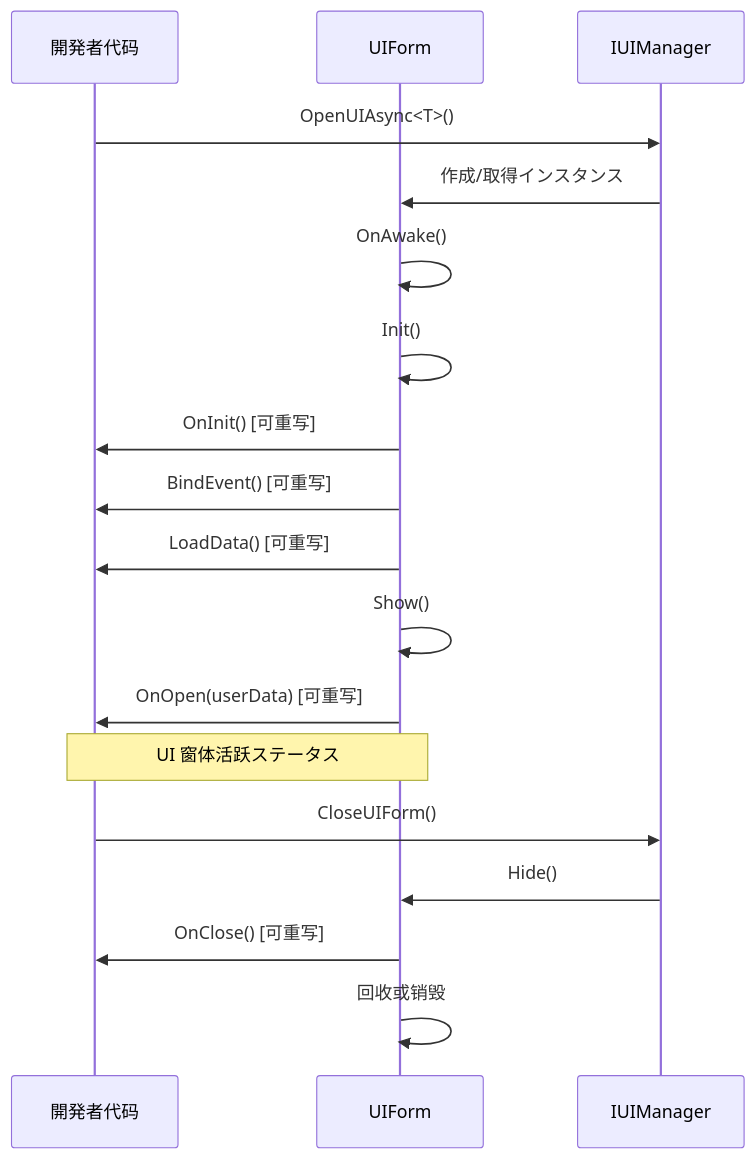
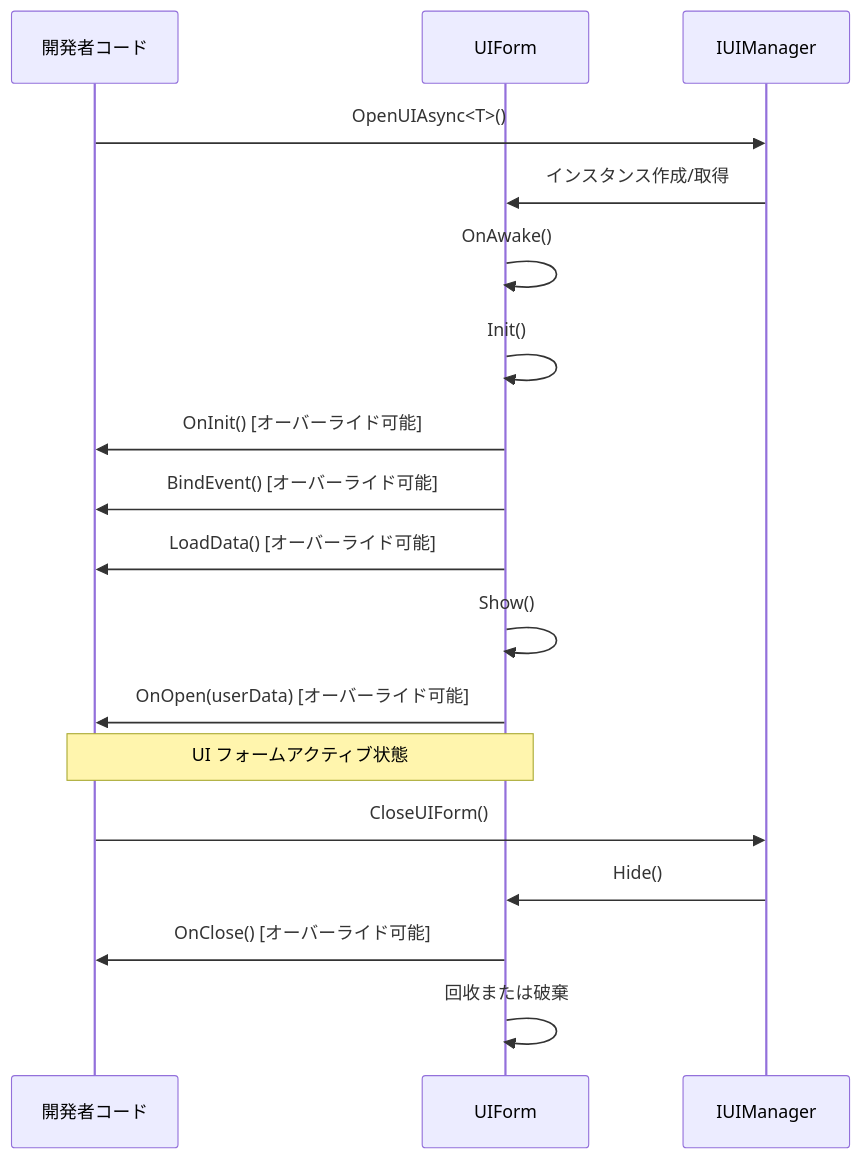
Before and after one commit to AlianBlank/GameFrameX.Docs: the fourth of 4 diagrams in docs/ja/client/unity/component/ui/04.ui-component.md, drawn with Mermaid. The commit also changed other lines of this file and 320 other files, not shown here.

````diff
--- a/docs/ja/client/unity/component/ui/04.ui-component.md
+++ b/docs/ja/client/unity/component/ui/04.ui-component.md
@@ -319,23 +319,23 @@
 ```mermaid
 sequenceDiagram
-    participant Dev as 開発者代码
+    participant Dev as 開発者コード
     participant Form as UIForm
     participant Mgr as IUIManager
 
     Dev->>Mgr: OpenUIAsync<T>()
-    Mgr->>Form: 作成/取得インスタンス
+    Mgr->>Form: インスタンス作成/取得
     Form->>Form: OnAwake()
     Form->>Form: Init()
-    Form->>Dev: OnInit() [可重写]
-    Form->>Dev: BindEvent() [可重写]
-    Form->>Dev: LoadData() [可重写]
+    Form->>Dev: OnInit() [オーバーライド可能]
+    Form->>Dev: BindEvent() [オーバーライド可能]
+    Form->>Dev: LoadData() [オーバーライド可能]
     Form->>Form: Show()
-    Form->>Dev: OnOpen(userData) [可重写]
+    Form->>Dev: OnOpen(userData) [オーバーライド可能]
     
-    Note over Form,Dev: UI 窗体活跃ステータス
+    Note over Form,Dev: UI フォームアクティブ状態
     
     Dev->>Mgr: CloseUIForm()
     Mgr->>Form: Hide()
-    Form->>Dev: OnClose() [可重写]
-    Form->>Form: 回收或销毁
+    Form->>Dev: OnClose() [オーバーライド可能]
+    Form->>Form: 回收または破棄
 ```
````
